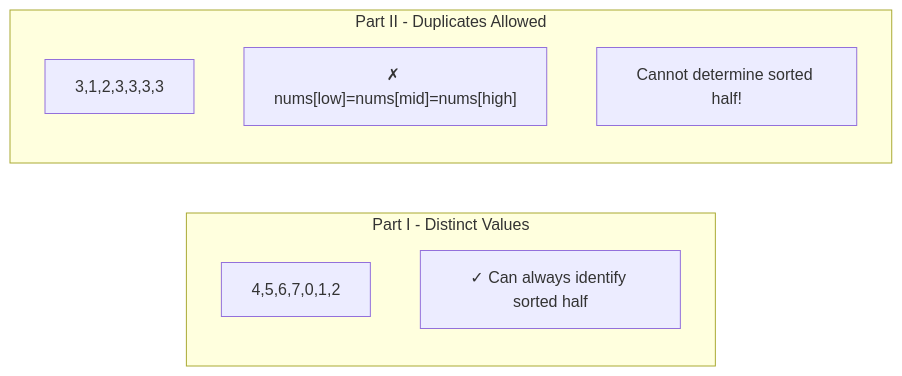
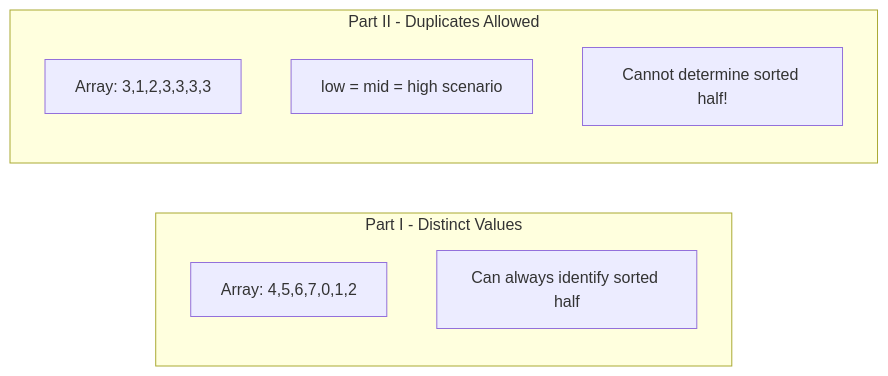
The first of 19 diagrams in dsa/Advanced/04-Binary search/02-logic-building/02-logic-building.md (pentoshi007/tuf), drawn with Mermaid before and after one commit. The commit also changed other lines of this file and 1 other file, not shown here.

First line of the commit message:
Fix Mermaid diagram syntax for GitHub compatibility

````diff
--- a/dsa/Advanced/04-Binary search/02-logic-building/02-logic-building.md
+++ b/dsa/Advanced/04-Binary search/02-logic-building/02-logic-building.md
@@ -30,13 +30,13 @@
 ```mermaid
 flowchart LR
     subgraph Part1["Part I - Distinct Values"]
-        A1["4,5,6,7,0,1,2"]
-        A2["✓ Can always identify sorted half"]
+        A1["Array: 4,5,6,7,0,1,2"]
+        A2["Can always identify sorted half"]
     end
     
     subgraph Part2["Part II - Duplicates Allowed"]
-        B1["3,1,2,3,3,3,3"]
-        B2["✗ nums[low]=nums[mid]=nums[high]"]
+        B1["Array: 3,1,2,3,3,3,3"]
+        B2["low = mid = high scenario"]
         B3["Cannot determine sorted half!"]
     end
 ```
````
